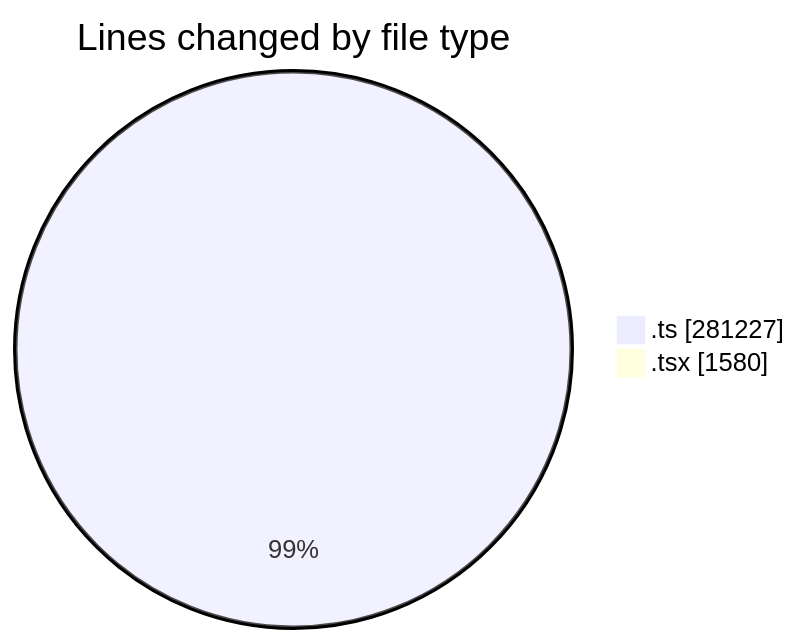
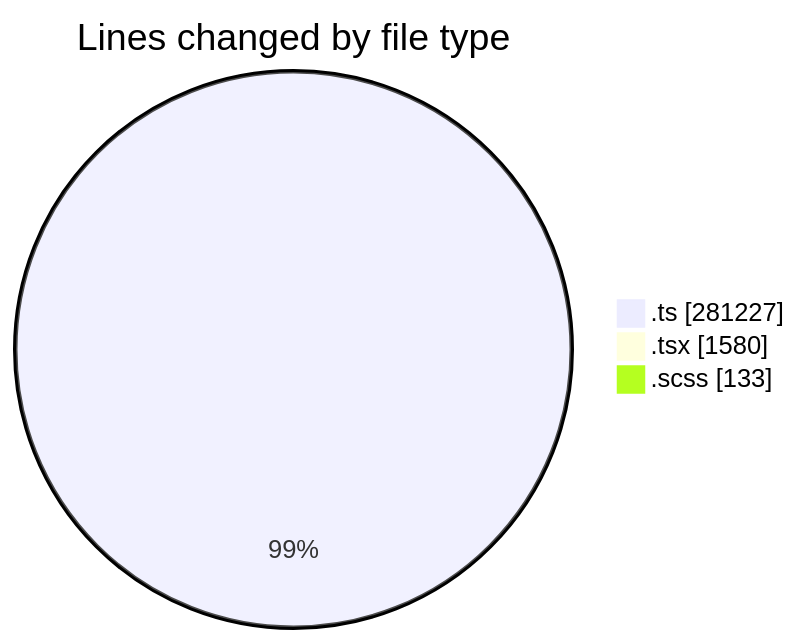
The first of 2 diagrams in 2025-08-22/cda/README.md (momahboobian/code-tracking), drawn with Mermaid before and after one commit. The commit also changed other lines of this file and 1 other file, not shown here.

````diff
--- a/2025-08-22/cda/README.md
+++ b/2025-08-22/cda/README.md
@@ -37,6 +38,7 @@
 ```mermaid
 pie showData
 title Lines changed by file type
 ".ts" : 281227
 ".tsx" : 1580
+".scss" : 133
 ```
````
